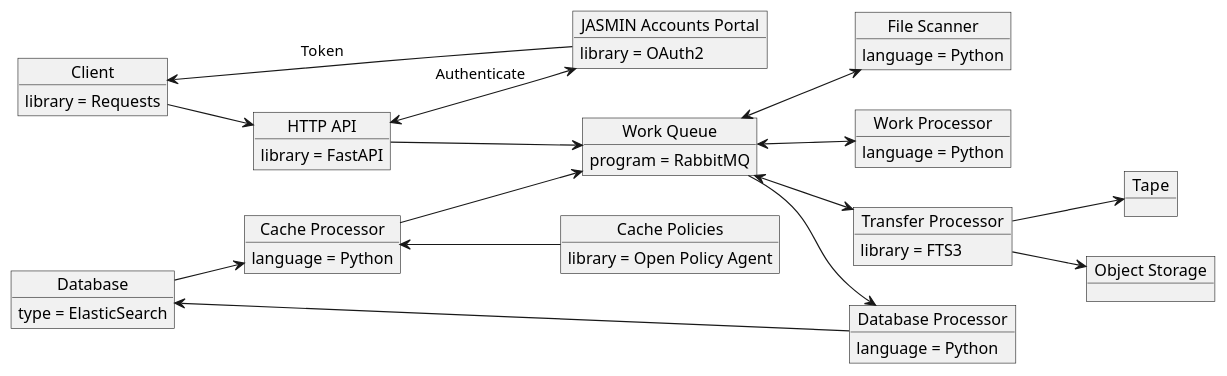
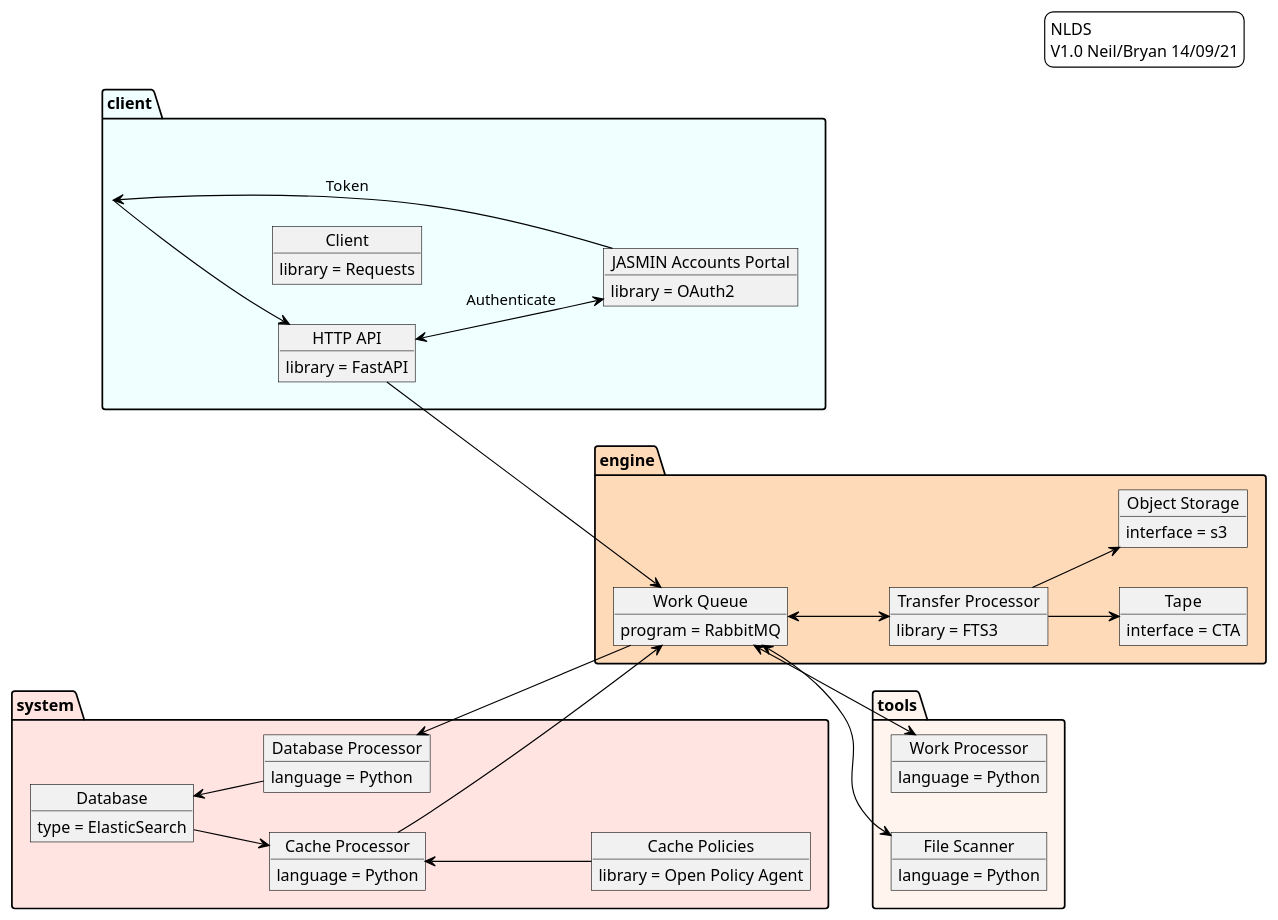
The diagram in doc/uml/software_stack.puml (cedadev/nlds), drawn with PlantUML before and after one commit. The commit also changed 1 other file, not shown here.

Commit message:
Added package concepts to NLDS UML

```diff
--- a/doc/uml/software_stack.puml
+++ b/doc/uml/software_stack.puml
@@ -1,61 +1,88 @@
 @startuml
 
 left to right direction
+skinparam arrowcolor black
+skinparam objectbordercolor black
+skinparam objectcolor automatic
+skinparam legendbackgroundcolor white
+legend top right 
+    NLDS 
+    V1.0 Neil/Bryan 14/09/21
+end legend
+
+package client #azure {
 
 object "Client" as client
 client : library = Requests
 
 object "HTTP API" as httpapi
 httpapi : library = FastAPI
 
 object "JASMIN Accounts Portal" as jasminap
 jasminap : library = OAuth2
 
+} 
+
+package engine #peachpuff {
+
 object "Work Queue" as workqueue
 workqueue : program = RabbitMQ
+
+object "Transfer Processor" as transproc
+transproc : library = FTS3
+
+object "Tape" as tape
+tape : interface = CTA
+
+object "Object Storage" as objstore
+objstore : interface = s3
+
+}
+
+package tools #seashell {
 
 object "Work Processor" as workproc
 workproc : language = Python
 
-object "Transfer Processor" as transproc
-transproc : library = FTS3
-
 object "File Scanner" as filescan
 filescan : language = Python
 
+}
+
+package system  #mistyrose {
 object "Cache Processor" as cacheproc
 cacheproc : language = Python
 
 object "Cache Policies" as cachepol
 cachepol : library = Open Policy Agent
 
 object "Database Processor" as dbproc
 dbproc : language = Python
 
 object "Database" as db
 db : type = ElasticSearch
+}
 
-object "Tape" as tape
-
-object "Object Storage" as objstore
 
 client --> httpapi
 client <-- jasminap : Token
 httpapi <--> jasminap : Authenticate
 httpapi --> workqueue
 
 cacheproc <-- cachepol
 workqueue <--> workproc
 workqueue <--> transproc
 cacheproc --> workqueue
 workqueue --> dbproc
 workqueue <--> filescan
 
 db <-- dbproc
 
 transproc --> objstore
 transproc --> tape
 
 db --> cacheproc
 
+
+
 @enduml
```
